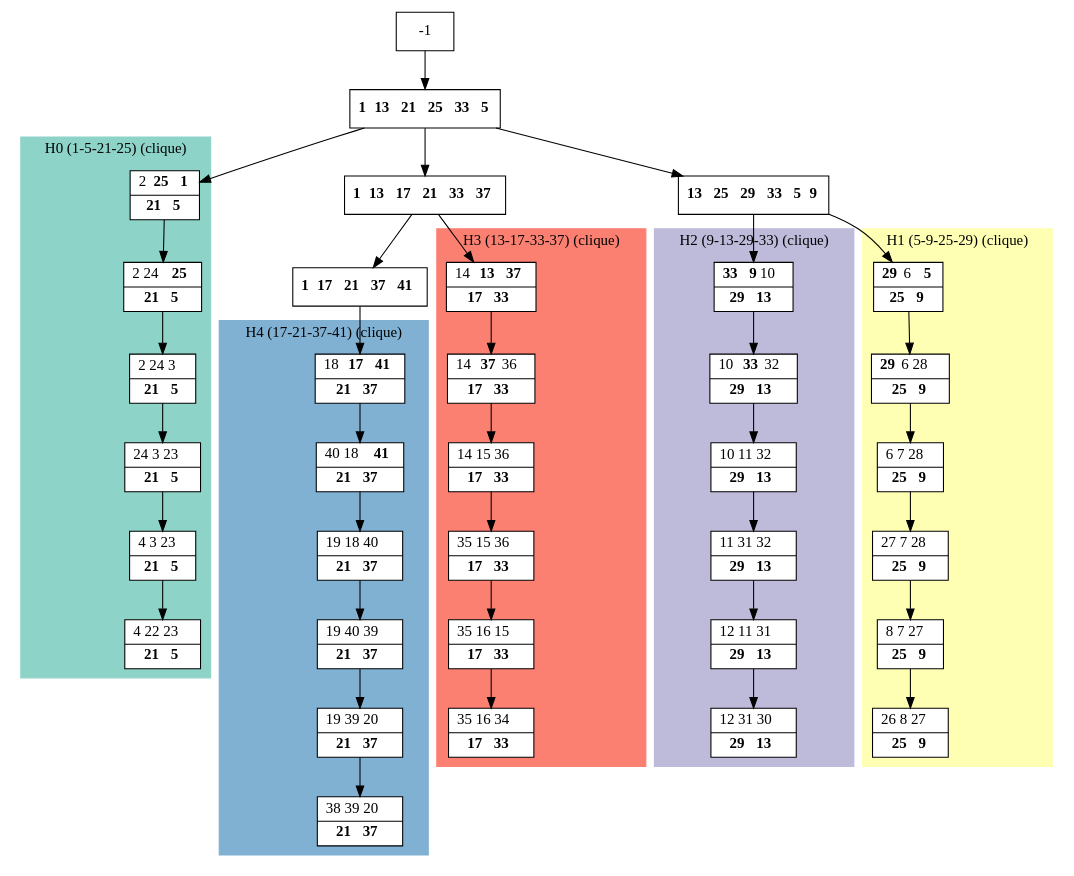
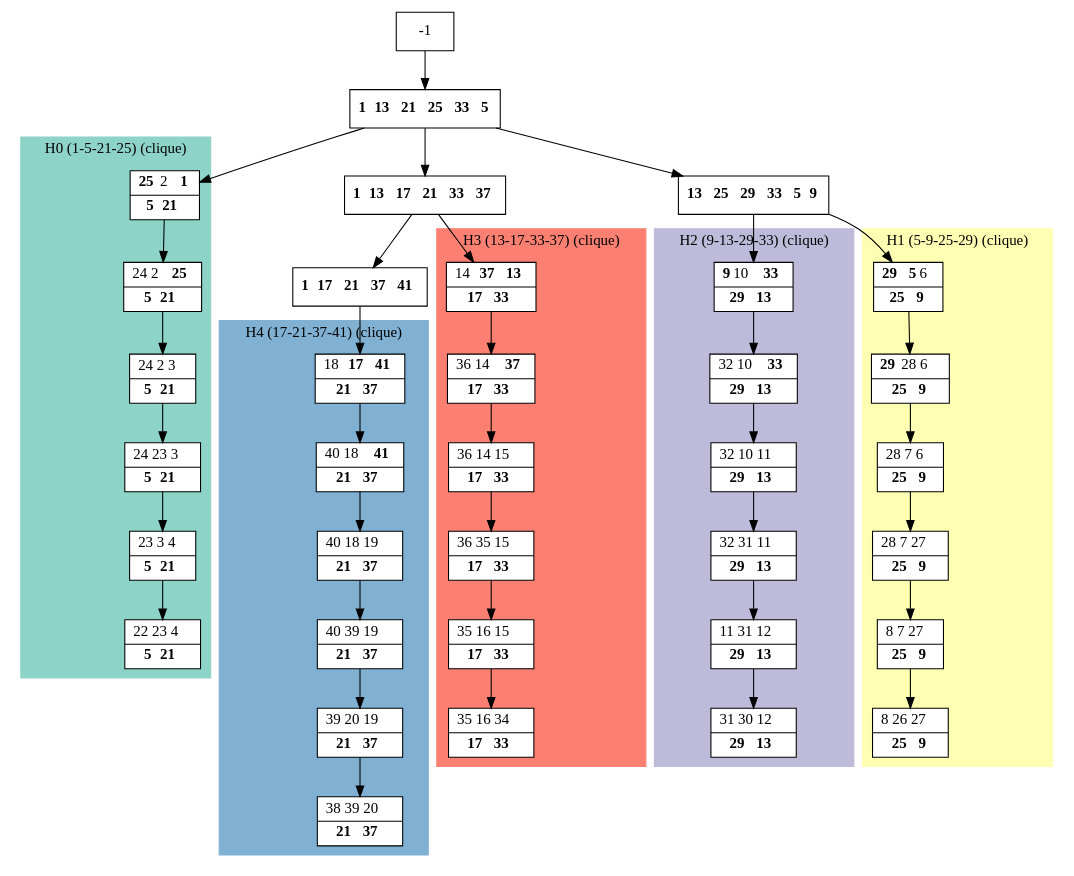
The diagram in results/dot_files/processed_K5.dot (bmarchand/auto-dp), drawn with Graphviz before and after one commit. The commit also changed 348 other files, not shown here.

```diff
--- a/results/dot_files/processed_K5.dot
+++ b/results/dot_files/processed_K5.dot
@@ -1,86 +1,86 @@
 digraph G {
     node [shape=box];
     subgraph cluster0 {
         node [style=filled,fillcolor=white];
         labeljust="l";
         style=filled;
         color="#8DD3C7";
         H0_0 -> H0_1 -> H0_2 -> H0_3 -> H0_4 -> H0_5;
         label="H0 (1-5-21-25) (clique)";
     }
     subgraph cluster1 {
         node [style=filled,fillcolor=white];
         labeljust="l";
         style=filled;
         color="#FFFFB3";
         H1_0 -> H1_1 -> H1_2 -> H1_3 -> H1_4 -> H1_5;
         label="H1 (5-9-25-29) (clique)";
     }
     subgraph cluster2 {
         node [style=filled,fillcolor=white];
         labeljust="l";
         style=filled;
         color="#BEBADA";
         H2_0 -> H2_1 -> H2_2 -> H2_3 -> H2_4 -> H2_5;
         label="H2 (9-13-29-33) (clique)";
     }
     subgraph cluster3 {
         node [style=filled,fillcolor=white];
         labeljust="l";
         style=filled;
         color="#FB8072";
         H3_0 -> H3_1 -> H3_2 -> H3_3 -> H3_4 -> H3_5;
         label="H3 (13-17-33-37) (clique)";
     }
     subgraph cluster4 {
         node [style=filled,fillcolor=white];
         labeljust="l";
         style=filled;
         color="#80B1D3";
         H4_0 -> H4_1 -> H4_2 -> H4_3 -> H4_4 -> H4_5;
         label="H4 (17-21-37-41) (clique)";
     }
      1 [shape=record,label= <{ <b>1</b> <b>13</b> <b>21</b> <b>25</b> <b>33</b> <b>5</b>}> ];
      -1  ->  1;
      21 [shape=record,label= <{ <b>1</b> <b>13</b> <b>17</b> <b>21</b> <b>33</b> <b>37</b>}> ];
      1  ->  21;
-     H3_0 [shape=record,label= <{ 14 <b>13</b> <b>37</b>|  <b>17</b> <b>33</b>}> ];
+     H3_0 [shape=record,label= <{ 14 <b>37</b> <b>13</b>|  <b>17</b> <b>33</b>}> ];
      21  ->  H3_0;
-     H3_1 [shape=record,label= <{ 14 <b>37</b> 36|  <b>17</b> <b>33</b>}> ];
-     H3_2 [shape=record,label= <{ 14 15 36|  <b>17</b> <b>33</b>}> ];
-     H3_3 [shape=record,label= <{ 35 15 36|  <b>17</b> <b>33</b>}> ];
+     H3_1 [shape=record,label= <{ 36 14 <b>37</b>|  <b>17</b> <b>33</b>}> ];
+     H3_2 [shape=record,label= <{ 36 14 15|  <b>17</b> <b>33</b>}> ];
+     H3_3 [shape=record,label= <{ 36 35 15|  <b>17</b> <b>33</b>}> ];
      H3_4 [shape=record,label= <{ 35 16 15|  <b>17</b> <b>33</b>}> ];
      H3_5 [shape=record,label= <{ 35 16 34|  <b>17</b> <b>33</b>}> ];
      30 [shape=record,label= <{ <b>1</b> <b>17</b> <b>21</b> <b>37</b> <b>41</b>}> ];
      21  ->  30;
      H4_0 [shape=record,label= <{ 18 <b>17</b> <b>41</b>|  <b>21</b> <b>37</b>}> ];
      30  ->  H4_0;
      H4_1 [shape=record,label= <{ 40 18 <b>41</b>|  <b>21</b> <b>37</b>}> ];
-     H4_2 [shape=record,label= <{ 19 18 40|  <b>21</b> <b>37</b>}> ];
-     H4_3 [shape=record,label= <{ 19 40 39|  <b>21</b> <b>37</b>}> ];
-     H4_4 [shape=record,label= <{ 19 39 20|  <b>21</b> <b>37</b>}> ];
+     H4_2 [shape=record,label= <{ 40 18 19|  <b>21</b> <b>37</b>}> ];
+     H4_3 [shape=record,label= <{ 40 39 19|  <b>21</b> <b>37</b>}> ];
+     H4_4 [shape=record,label= <{ 39 20 19|  <b>21</b> <b>37</b>}> ];
      H4_5 [shape=record,label= <{ 38 39 20|  <b>21</b> <b>37</b>}> ];
-     H0_0 [shape=record,label= <{ 2 <b>25</b> <b>1</b>|  <b>21</b> <b>5</b>}> ];
+     H0_0 [shape=record,label= <{ <b>25</b> 2 <b>1</b>|  <b>5</b> <b>21</b>}> ];
      1  ->  H0_0;
-     H0_1 [shape=record,label= <{ 2 24 <b>25</b>|  <b>21</b> <b>5</b>}> ];
-     H0_2 [shape=record,label= <{ 2 24 3|  <b>21</b> <b>5</b>}> ];
-     H0_3 [shape=record,label= <{ 24 3 23|  <b>21</b> <b>5</b>}> ];
-     H0_4 [shape=record,label= <{ 4 3 23|  <b>21</b> <b>5</b>}> ];
-     H0_5 [shape=record,label= <{ 4 22 23|  <b>21</b> <b>5</b>}> ];
+     H0_1 [shape=record,label= <{ 24 2 <b>25</b>|  <b>5</b> <b>21</b>}> ];
+     H0_2 [shape=record,label= <{ 24 2 3|  <b>5</b> <b>21</b>}> ];
+     H0_3 [shape=record,label= <{ 24 23 3|  <b>5</b> <b>21</b>}> ];
+     H0_4 [shape=record,label= <{ 23 3 4|  <b>5</b> <b>21</b>}> ];
+     H0_5 [shape=record,label= <{ 22 23 4|  <b>5</b> <b>21</b>}> ];
      8 [shape=record,label= <{ <b>13</b> <b>25</b> <b>29</b> <b>33</b> <b>5</b> <b>9</b>}> ];
      1  ->  8;
-     H1_0 [shape=record,label= <{ <b>29</b> 6 <b>5</b>|  <b>25</b> <b>9</b>}> ];
+     H1_0 [shape=record,label= <{ <b>29</b> <b>5</b> 6|  <b>25</b> <b>9</b>}> ];
      8  ->  H1_0;
-     H1_1 [shape=record,label= <{ <b>29</b> 6 28|  <b>25</b> <b>9</b>}> ];
-     H1_2 [shape=record,label= <{ 6 7 28|  <b>25</b> <b>9</b>}> ];
-     H1_3 [shape=record,label= <{ 27 7 28|  <b>25</b> <b>9</b>}> ];
+     H1_1 [shape=record,label= <{ <b>29</b> 28 6|  <b>25</b> <b>9</b>}> ];
+     H1_2 [shape=record,label= <{ 28 7 6|  <b>25</b> <b>9</b>}> ];
+     H1_3 [shape=record,label= <{ 28 7 27|  <b>25</b> <b>9</b>}> ];
      H1_4 [shape=record,label= <{ 8 7 27|  <b>25</b> <b>9</b>}> ];
-     H1_5 [shape=record,label= <{ 26 8 27|  <b>25</b> <b>9</b>}> ];
-     H2_0 [shape=record,label= <{ <b>33</b> <b>9</b> 10|  <b>29</b> <b>13</b>}> ];
+     H1_5 [shape=record,label= <{ 8 26 27|  <b>25</b> <b>9</b>}> ];
+     H2_0 [shape=record,label= <{ <b>9</b> 10 <b>33</b>|  <b>29</b> <b>13</b>}> ];
      8  ->  H2_0;
-     H2_1 [shape=record,label= <{ 10 <b>33</b> 32|  <b>29</b> <b>13</b>}> ];
-     H2_2 [shape=record,label= <{ 10 11 32|  <b>29</b> <b>13</b>}> ];
-     H2_3 [shape=record,label= <{ 11 31 32|  <b>29</b> <b>13</b>}> ];
-     H2_4 [shape=record,label= <{ 12 11 31|  <b>29</b> <b>13</b>}> ];
-     H2_5 [shape=record,label= <{ 12 31 30|  <b>29</b> <b>13</b>}> ];
+     H2_1 [shape=record,label= <{ 32 10 <b>33</b>|  <b>29</b> <b>13</b>}> ];
+     H2_2 [shape=record,label= <{ 32 10 11|  <b>29</b> <b>13</b>}> ];
+     H2_3 [shape=record,label= <{ 32 31 11|  <b>29</b> <b>13</b>}> ];
+     H2_4 [shape=record,label= <{ 11 31 12|  <b>29</b> <b>13</b>}> ];
+     H2_5 [shape=record,label= <{ 31 30 12|  <b>29</b> <b>13</b>}> ];
 }
```
